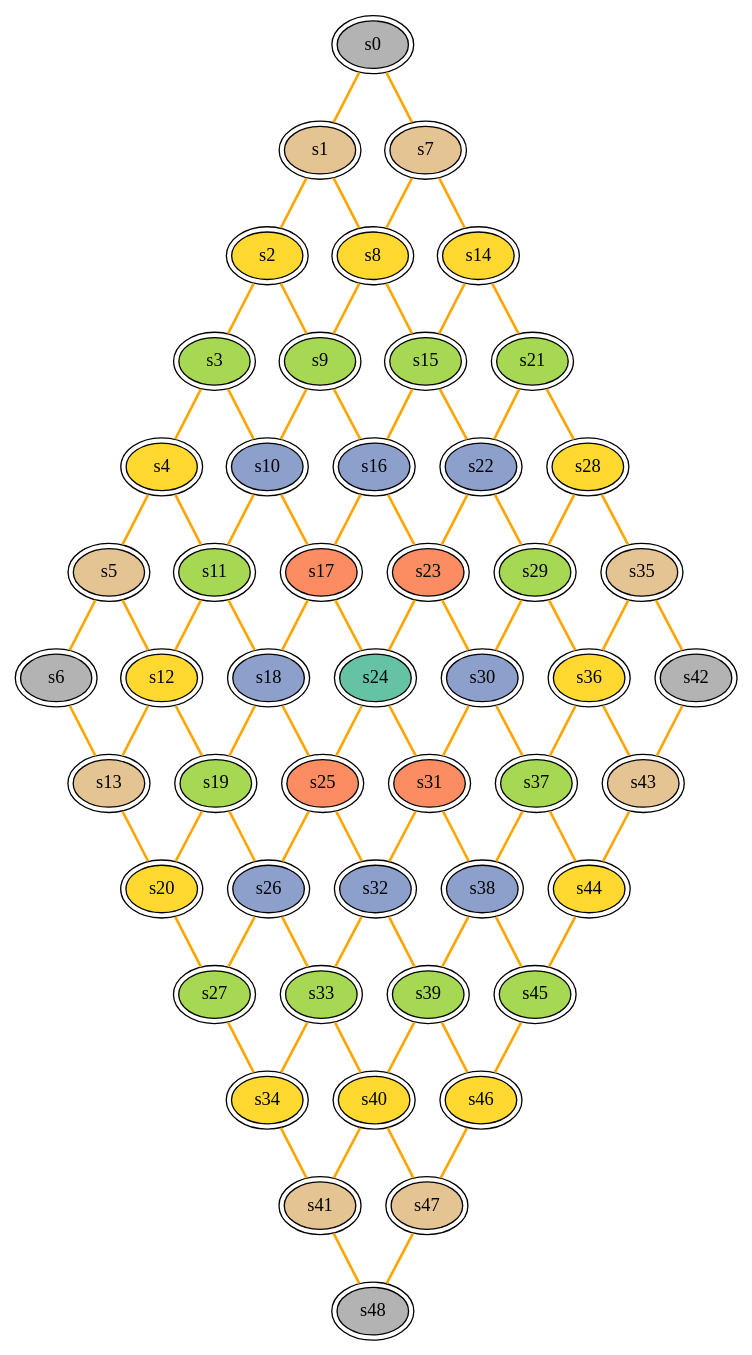
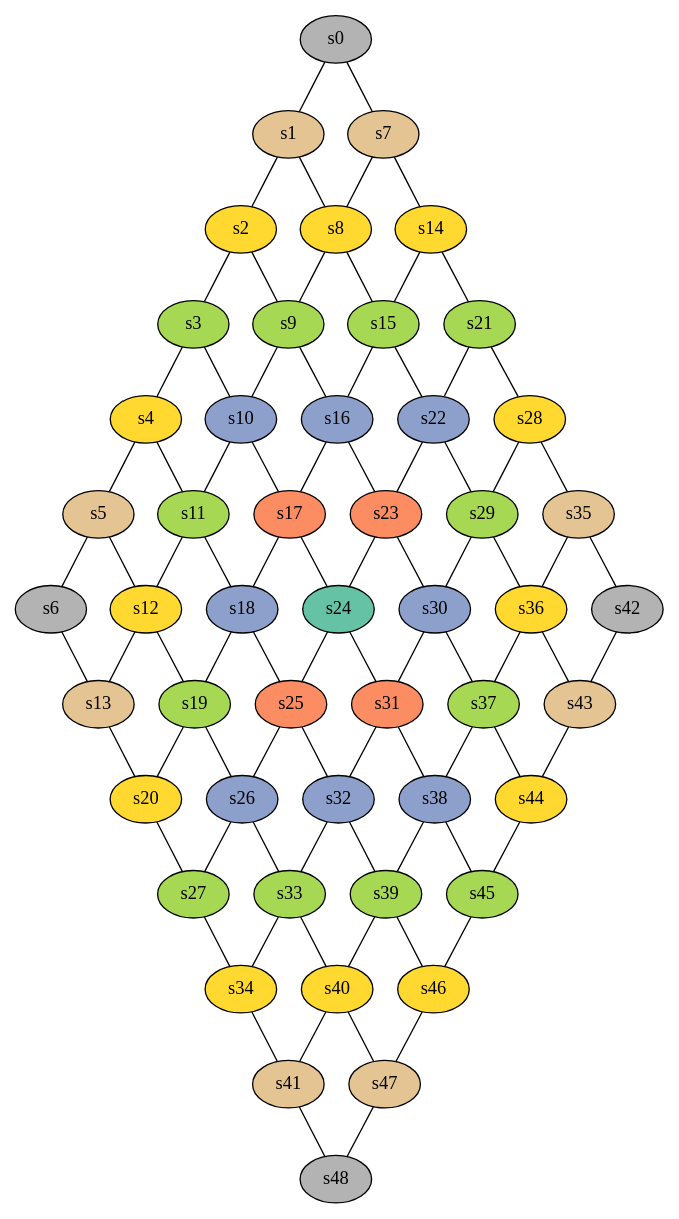
The diagram in tmp/grille7x7-0.dot (Z3ZEL/cpbxS3), drawn with Graphviz before and after one commit. The commit also changed 1 other file, not shown here.

```diff
--- a/tmp/grille7x7-0.dot
+++ b/tmp/grille7x7-0.dot
@@ -1,136 +1,136 @@
 graph "grille7x7" {
 
-  "s0" -- "s1" [style = bold, color = orange];
-  "s0" -- "s7" [style = bold, color = orange];
-  "s0"  [style = filled, peripheries = 2, fillcolor = "#b3b3b3", fontcolor = black, color = Black];
-  "s1" -- "s2" [style = bold, color = orange];
-  "s1" -- "s8" [style = bold, color = orange];
-  "s1"  [style = filled, peripheries = 2, fillcolor = "#e5c494", fontcolor = black, color = Black];
-  "s2" -- "s3" [style = bold, color = orange];
-  "s2" -- "s9" [style = bold, color = orange];
-  "s2"  [style = filled, peripheries = 2, fillcolor = "#ffd92f", fontcolor = black, color = Black];
-  "s3" -- "s4" [style = bold, color = orange];
-  "s3" -- "s10" [style = bold, color = orange];
-  "s3"  [style = filled, peripheries = 2, fillcolor = "#a6d854", fontcolor = black, color = Black];
-  "s4" -- "s5" [style = bold, color = orange];
-  "s4" -- "s11" [style = bold, color = orange];
-  "s4"  [style = filled, peripheries = 2, fillcolor = "#ffd92f", fontcolor = black, color = Black];
-  "s5" -- "s6" [style = bold, color = orange];
-  "s5" -- "s12" [style = bold, color = orange];
-  "s5"  [style = filled, peripheries = 2, fillcolor = "#e5c494", fontcolor = black, color = Black];
-  "s6" -- "s13" [style = bold, color = orange];
-  "s6"  [style = filled, peripheries = 2, fillcolor = "#b3b3b3", fontcolor = black, color = Black];
-  "s7" -- "s8" [style = bold, color = orange];
-  "s7" -- "s14" [style = bold, color = orange];
-  "s7"  [style = filled, peripheries = 2, fillcolor = "#e5c494", fontcolor = black, color = Black];
-  "s8" -- "s9" [style = bold, color = orange];
-  "s8" -- "s15" [style = bold, color = orange];
-  "s8"  [style = filled, peripheries = 2, fillcolor = "#ffd92f", fontcolor = black, color = Black];
-  "s9" -- "s10" [style = bold, color = orange];
-  "s9" -- "s16" [style = bold, color = orange];
-  "s9"  [style = filled, peripheries = 2, fillcolor = "#a6d854", fontcolor = black, color = Black];
-  "s10" -- "s11" [style = bold, color = orange];
-  "s10" -- "s17" [style = bold, color = orange];
-  "s10"  [style = filled, peripheries = 2, fillcolor = "#8da0cb", fontcolor = black, color = Black];
-  "s11" -- "s12" [style = bold, color = orange];
-  "s11" -- "s18" [style = bold, color = orange];
-  "s11"  [style = filled, peripheries = 2, fillcolor = "#a6d854", fontcolor = black, color = Black];
-  "s12" -- "s13" [style = bold, color = orange];
-  "s12" -- "s19" [style = bold, color = orange];
-  "s12"  [style = filled, peripheries = 2, fillcolor = "#ffd92f", fontcolor = black, color = Black];
-  "s13" -- "s20" [style = bold, color = orange];
-  "s13"  [style = filled, peripheries = 2, fillcolor = "#e5c494", fontcolor = black, color = Black];
-  "s14" -- "s15" [style = bold, color = orange];
-  "s14" -- "s21" [style = bold, color = orange];
-  "s14"  [style = filled, peripheries = 2, fillcolor = "#ffd92f", fontcolor = black, color = Black];
-  "s15" -- "s16" [style = bold, color = orange];
-  "s15" -- "s22" [style = bold, color = orange];
-  "s15"  [style = filled, peripheries = 2, fillcolor = "#a6d854", fontcolor = black, color = Black];
-  "s16" -- "s17" [style = bold, color = orange];
-  "s16" -- "s23" [style = bold, color = orange];
-  "s16"  [style = filled, peripheries = 2, fillcolor = "#8da0cb", fontcolor = black, color = Black];
-  "s17" -- "s18" [style = bold, color = orange];
-  "s17" -- "s24" [style = bold, color = orange];
-  "s17"  [style = filled, peripheries = 2, fillcolor = "#fc8d62", fontcolor = black, color = Black];
-  "s18" -- "s19" [style = bold, color = orange];
-  "s18" -- "s25" [style = bold, color = orange];
-  "s18"  [style = filled, peripheries = 2, fillcolor = "#8da0cb", fontcolor = black, color = Black];
-  "s19" -- "s20" [style = bold, color = orange];
-  "s19" -- "s26" [style = bold, color = orange];
-  "s19"  [style = filled, peripheries = 2, fillcolor = "#a6d854", fontcolor = black, color = Black];
-  "s20" -- "s27" [style = bold, color = orange];
-  "s20"  [style = filled, peripheries = 2, fillcolor = "#ffd92f", fontcolor = black, color = Black];
-  "s21" -- "s22" [style = bold, color = orange];
-  "s21" -- "s28" [style = bold, color = orange];
-  "s21"  [style = filled, peripheries = 2, fillcolor = "#a6d854", fontcolor = black, color = Black];
-  "s22" -- "s23" [style = bold, color = orange];
-  "s22" -- "s29" [style = bold, color = orange];
-  "s22"  [style = filled, peripheries = 2, fillcolor = "#8da0cb", fontcolor = black, color = Black];
-  "s23" -- "s24" [style = bold, color = orange];
-  "s23" -- "s30" [style = bold, color = orange];
-  "s23"  [style = filled, peripheries = 2, fillcolor = "#fc8d62", fontcolor = black, color = Black];
-  "s24" -- "s25" [style = bold, color = orange];
-  "s24" -- "s31" [style = bold, color = orange];
-  "s24"  [style = filled, peripheries = 2, fillcolor = "#66c2a5", fontcolor = black, color = Black];
-  "s25" -- "s26" [style = bold, color = orange];
-  "s25" -- "s32" [style = bold, color = orange];
-  "s25"  [style = filled, peripheries = 2, fillcolor = "#fc8d62", fontcolor = black, color = Black];
-  "s26" -- "s27" [style = bold, color = orange];
-  "s26" -- "s33" [style = bold, color = orange];
-  "s26"  [style = filled, peripheries = 2, fillcolor = "#8da0cb", fontcolor = black, color = Black];
-  "s27" -- "s34" [style = bold, color = orange];
-  "s27"  [style = filled, peripheries = 2, fillcolor = "#a6d854", fontcolor = black, color = Black];
-  "s28" -- "s29" [style = bold, color = orange];
-  "s28" -- "s35" [style = bold, color = orange];
-  "s28"  [style = filled, peripheries = 2, fillcolor = "#ffd92f", fontcolor = black, color = Black];
-  "s29" -- "s30" [style = bold, color = orange];
-  "s29" -- "s36" [style = bold, color = orange];
-  "s29"  [style = filled, peripheries = 2, fillcolor = "#a6d854", fontcolor = black, color = Black];
-  "s30" -- "s31" [style = bold, color = orange];
-  "s30" -- "s37" [style = bold, color = orange];
-  "s30"  [style = filled, peripheries = 2, fillcolor = "#8da0cb", fontcolor = black, color = Black];
-  "s31" -- "s32" [style = bold, color = orange];
-  "s31" -- "s38" [style = bold, color = orange];
-  "s31"  [style = filled, peripheries = 2, fillcolor = "#fc8d62", fontcolor = black, color = Black];
-  "s32" -- "s33" [style = bold, color = orange];
-  "s32" -- "s39" [style = bold, color = orange];
-  "s32"  [style = filled, peripheries = 2, fillcolor = "#8da0cb", fontcolor = black, color = Black];
-  "s33" -- "s34" [style = bold, color = orange];
-  "s33" -- "s40" [style = bold, color = orange];
-  "s33"  [style = filled, peripheries = 2, fillcolor = "#a6d854", fontcolor = black, color = Black];
-  "s34" -- "s41" [style = bold, color = orange];
-  "s34"  [style = filled, peripheries = 2, fillcolor = "#ffd92f", fontcolor = black, color = Black];
-  "s35" -- "s36" [style = bold, color = orange];
-  "s35" -- "s42" [style = bold, color = orange];
-  "s35"  [style = filled, peripheries = 2, fillcolor = "#e5c494", fontcolor = black, color = Black];
-  "s36" -- "s37" [style = bold, color = orange];
-  "s36" -- "s43" [style = bold, color = orange];
-  "s36"  [style = filled, peripheries = 2, fillcolor = "#ffd92f", fontcolor = black, color = Black];
-  "s37" -- "s38" [style = bold, color = orange];
-  "s37" -- "s44" [style = bold, color = orange];
-  "s37"  [style = filled, peripheries = 2, fillcolor = "#a6d854", fontcolor = black, color = Black];
-  "s38" -- "s39" [style = bold, color = orange];
-  "s38" -- "s45" [style = bold, color = orange];
-  "s38"  [style = filled, peripheries = 2, fillcolor = "#8da0cb", fontcolor = black, color = Black];
-  "s39" -- "s40" [style = bold, color = orange];
-  "s39" -- "s46" [style = bold, color = orange];
-  "s39"  [style = filled, peripheries = 2, fillcolor = "#a6d854", fontcolor = black, color = Black];
-  "s40" -- "s41" [style = bold, color = orange];
-  "s40" -- "s47" [style = bold, color = orange];
-  "s40"  [style = filled, peripheries = 2, fillcolor = "#ffd92f", fontcolor = black, color = Black];
-  "s41" -- "s48" [style = bold, color = orange];
-  "s41"  [style = filled, peripheries = 2, fillcolor = "#e5c494", fontcolor = black, color = Black];
-  "s42" -- "s43" [style = bold, color = orange];
-  "s42"  [style = filled, peripheries = 2, fillcolor = "#b3b3b3", fontcolor = black, color = Black];
-  "s43" -- "s44" [style = bold, color = orange];
-  "s43"  [style = filled, peripheries = 2, fillcolor = "#e5c494", fontcolor = black, color = Black];
-  "s44" -- "s45" [style = bold, color = orange];
-  "s44"  [style = filled, peripheries = 2, fillcolor = "#ffd92f", fontcolor = black, color = Black];
-  "s45" -- "s46" [style = bold, color = orange];
-  "s45"  [style = filled, peripheries = 2, fillcolor = "#a6d854", fontcolor = black, color = Black];
-  "s46" -- "s47" [style = bold, color = orange];
-  "s46"  [style = filled, peripheries = 2, fillcolor = "#ffd92f", fontcolor = black, color = Black];
-  "s47" -- "s48" [style = bold, color = orange];
-  "s47"  [style = filled, peripheries = 2, fillcolor = "#e5c494", fontcolor = black, color = Black];
-  "s48"  [style = filled, peripheries = 2, fillcolor = "#b3b3b3", fontcolor = black, color = Black];
+  "s0" -- "s1";
+  "s0" -- "s7";
+  "s0"  [style = filled, peripheries = 1, fillcolor = "#b3b3b3", fontcolor = black, color = black];
+  "s1" -- "s2";
+  "s1" -- "s8";
+  "s1"  [style = filled, peripheries = 1, fillcolor = "#e5c494", fontcolor = black, color = black];
+  "s2" -- "s3";
+  "s2" -- "s9";
+  "s2"  [style = filled, peripheries = 1, fillcolor = "#ffd92f", fontcolor = black, color = black];
+  "s3" -- "s4";
+  "s3" -- "s10";
+  "s3"  [style = filled, peripheries = 1, fillcolor = "#a6d854", fontcolor = black, color = black];
+  "s4" -- "s5";
+  "s4" -- "s11";
+  "s4"  [style = filled, peripheries = 1, fillcolor = "#ffd92f", fontcolor = black, color = black];
+  "s5" -- "s6";
+  "s5" -- "s12";
+  "s5"  [style = filled, peripheries = 1, fillcolor = "#e5c494", fontcolor = black, color = black];
+  "s6" -- "s13";
+  "s6"  [style = filled, peripheries = 1, fillcolor = "#b3b3b3", fontcolor = black, color = black];
+  "s7" -- "s8";
+  "s7" -- "s14";
+  "s7"  [style = filled, peripheries = 1, fillcolor = "#e5c494", fontcolor = black, color = black];
+  "s8" -- "s9";
+  "s8" -- "s15";
+  "s8"  [style = filled, peripheries = 1, fillcolor = "#ffd92f", fontcolor = black, color = black];
+  "s9" -- "s10";
+  "s9" -- "s16";
+  "s9"  [style = filled, peripheries = 1, fillcolor = "#a6d854", fontcolor = black, color = black];
+  "s10" -- "s11";
+  "s10" -- "s17";
+  "s10"  [style = filled, peripheries = 1, fillcolor = "#8da0cb", fontcolor = black, color = black];
+  "s11" -- "s12";
+  "s11" -- "s18";
+  "s11"  [style = filled, peripheries = 1, fillcolor = "#a6d854", fontcolor = black, color = black];
+  "s12" -- "s13";
+  "s12" -- "s19";
+  "s12"  [style = filled, peripheries = 1, fillcolor = "#ffd92f", fontcolor = black, color = black];
+  "s13" -- "s20";
+  "s13"  [style = filled, peripheries = 1, fillcolor = "#e5c494", fontcolor = black, color = black];
+  "s14" -- "s15";
+  "s14" -- "s21";
+  "s14"  [style = filled, peripheries = 1, fillcolor = "#ffd92f", fontcolor = black, color = black];
+  "s15" -- "s16";
+  "s15" -- "s22";
+  "s15"  [style = filled, peripheries = 1, fillcolor = "#a6d854", fontcolor = black, color = black];
+  "s16" -- "s17";
+  "s16" -- "s23";
+  "s16"  [style = filled, peripheries = 1, fillcolor = "#8da0cb", fontcolor = black, color = black];
+  "s17" -- "s18";
+  "s17" -- "s24";
+  "s17"  [style = filled, peripheries = 1, fillcolor = "#fc8d62", fontcolor = black, color = black];
+  "s18" -- "s19";
+  "s18" -- "s25";
+  "s18"  [style = filled, peripheries = 1, fillcolor = "#8da0cb", fontcolor = black, color = black];
+  "s19" -- "s20";
+  "s19" -- "s26";
+  "s19"  [style = filled, peripheries = 1, fillcolor = "#a6d854", fontcolor = black, color = black];
+  "s20" -- "s27";
+  "s20"  [style = filled, peripheries = 1, fillcolor = "#ffd92f", fontcolor = black, color = black];
+  "s21" -- "s22";
+  "s21" -- "s28";
+  "s21"  [style = filled, peripheries = 1, fillcolor = "#a6d854", fontcolor = black, color = black];
+  "s22" -- "s23";
+  "s22" -- "s29";
+  "s22"  [style = filled, peripheries = 1, fillcolor = "#8da0cb", fontcolor = black, color = black];
+  "s23" -- "s24";
+  "s23" -- "s30";
+  "s23"  [style = filled, peripheries = 1, fillcolor = "#fc8d62", fontcolor = black, color = black];
+  "s24" -- "s25";
+  "s24" -- "s31";
+  "s24"  [style = filled, peripheries = 1, fillcolor = "#66c2a5", fontcolor = black, color = black];
+  "s25" -- "s26";
+  "s25" -- "s32";
+  "s25"  [style = filled, peripheries = 1, fillcolor = "#fc8d62", fontcolor = black, color = black];
+  "s26" -- "s27";
+  "s26" -- "s33";
+  "s26"  [style = filled, peripheries = 1, fillcolor = "#8da0cb", fontcolor = black, color = black];
+  "s27" -- "s34";
+  "s27"  [style = filled, peripheries = 1, fillcolor = "#a6d854", fontcolor = black, color = black];
+  "s28" -- "s29";
+  "s28" -- "s35";
+  "s28"  [style = filled, peripheries = 1, fillcolor = "#ffd92f", fontcolor = black, color = black];
+  "s29" -- "s30";
+  "s29" -- "s36";
+  "s29"  [style = filled, peripheries = 1, fillcolor = "#a6d854", fontcolor = black, color = black];
+  "s30" -- "s31";
+  "s30" -- "s37";
+  "s30"  [style = filled, peripheries = 1, fillcolor = "#8da0cb", fontcolor = black, color = black];
+  "s31" -- "s32";
+  "s31" -- "s38";
+  "s31"  [style = filled, peripheries = 1, fillcolor = "#fc8d62", fontcolor = black, color = black];
+  "s32" -- "s33";
+  "s32" -- "s39";
+  "s32"  [style = filled, peripheries = 1, fillcolor = "#8da0cb", fontcolor = black, color = black];
+  "s33" -- "s34";
+  "s33" -- "s40";
+  "s33"  [style = filled, peripheries = 1, fillcolor = "#a6d854", fontcolor = black, color = black];
+  "s34" -- "s41";
+  "s34"  [style = filled, peripheries = 1, fillcolor = "#ffd92f", fontcolor = black, color = black];
+  "s35" -- "s36";
+  "s35" -- "s42";
+  "s35"  [style = filled, peripheries = 1, fillcolor = "#e5c494", fontcolor = black, color = black];
+  "s36" -- "s37";
+  "s36" -- "s43";
+  "s36"  [style = filled, peripheries = 1, fillcolor = "#ffd92f", fontcolor = black, color = black];
+  "s37" -- "s38";
+  "s37" -- "s44";
+  "s37"  [style = filled, peripheries = 1, fillcolor = "#a6d854", fontcolor = black, color = black];
+  "s38" -- "s39";
+  "s38" -- "s45";
+  "s38"  [style = filled, peripheries = 1, fillcolor = "#8da0cb", fontcolor = black, color = black];
+  "s39" -- "s40";
+  "s39" -- "s46";
+  "s39"  [style = filled, peripheries = 1, fillcolor = "#a6d854", fontcolor = black, color = black];
+  "s40" -- "s41";
+  "s40" -- "s47";
+  "s40"  [style = filled, peripheries = 1, fillcolor = "#ffd92f", fontcolor = black, color = black];
+  "s41" -- "s48";
+  "s41"  [style = filled, peripheries = 1, fillcolor = "#e5c494", fontcolor = black, color = black];
+  "s42" -- "s43";
+  "s42"  [style = filled, peripheries = 1, fillcolor = "#b3b3b3", fontcolor = black, color = black];
+  "s43" -- "s44";
+  "s43"  [style = filled, peripheries = 1, fillcolor = "#e5c494", fontcolor = black, color = black];
+  "s44" -- "s45";
+  "s44"  [style = filled, peripheries = 1, fillcolor = "#ffd92f", fontcolor = black, color = black];
+  "s45" -- "s46";
+  "s45"  [style = filled, peripheries = 1, fillcolor = "#a6d854", fontcolor = black, color = black];
+  "s46" -- "s47";
+  "s46"  [style = filled, peripheries = 1, fillcolor = "#ffd92f", fontcolor = black, color = black];
+  "s47" -- "s48";
+  "s47"  [style = filled, peripheries = 1, fillcolor = "#e5c494", fontcolor = black, color = black];
+  "s48"  [style = filled, peripheries = 1, fillcolor = "#b3b3b3", fontcolor = black, color = black];
 }
```
